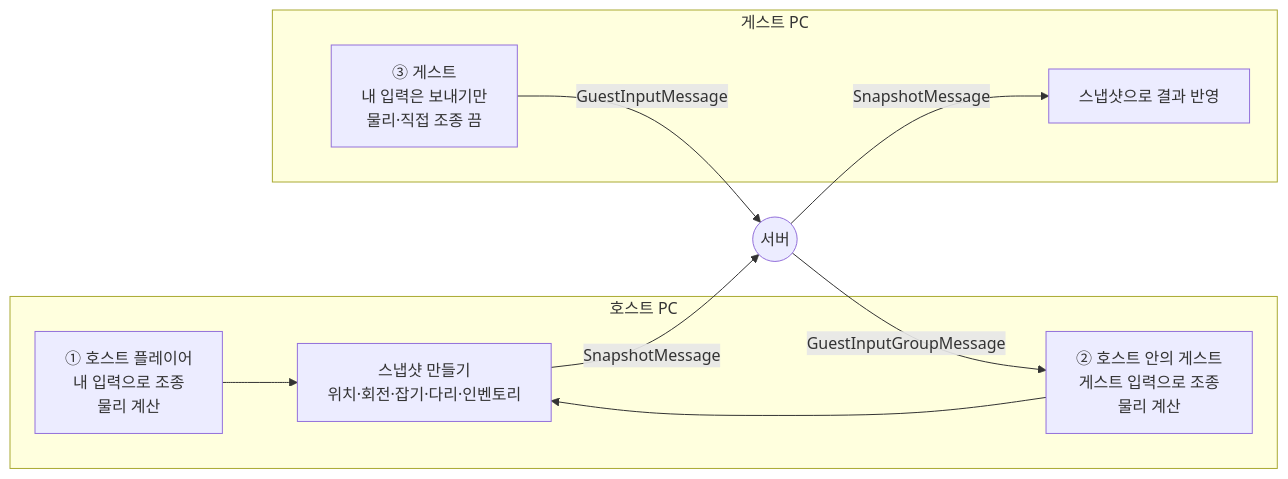
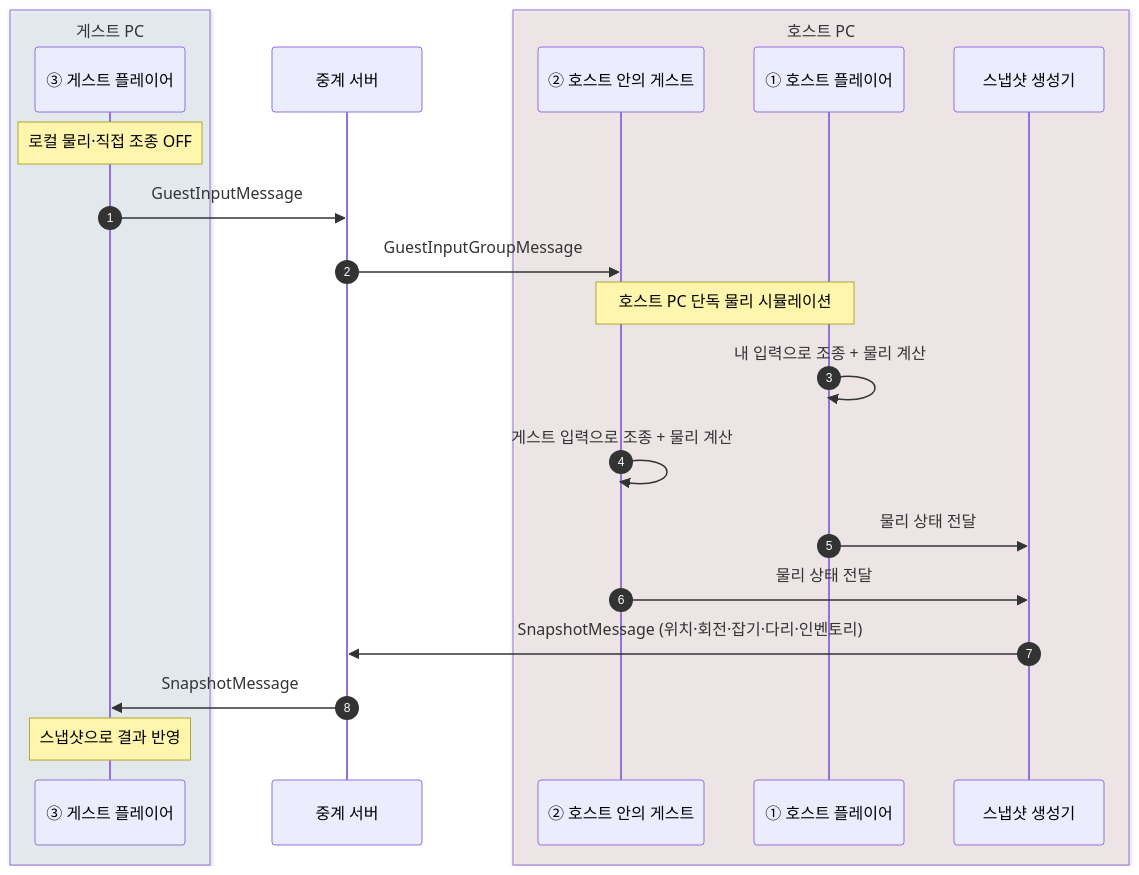
The eighth of 9 diagrams in src/4-wgo/기술문서.md (MountainHS/portfolio), drawn with Mermaid before and after one commit. The commit also changed other lines of this file, not shown here.

Commit message:
Docs: WGO 기술 문서 수정

````diff
--- a/src/4-wgo/기술문서.md
+++ b/src/4-wgo/기술문서.md
@@ -840,19 +840,31 @@
 ```mermaid
-flowchart LR
-    subgraph HOST["호스트 PC"]
-        H1["① 호스트 플레이어<br/>내 입력으로 조종<br/>물리 계산"]
-        H2["② 호스트 안의 게스트<br/>게스트 입력으로 조종<br/>물리 계산"]
-        SNAP["스냅샷 만들기<br/>위치·회전·잡기·다리·인벤토리"]
-        H1 --> SNAP
-        H2 --> SNAP
+sequenceDiagram
+    autonumber
+    
+    box rgba(235, 245, 255, 0.5) 게스트 PC
+        participant G as ③ 게스트 플레이어
     end
-    subgraph GUEST["게스트 PC"]
-        G1["③ 게스트<br/>내 입력은 보내기만<br/>물리·직접 조종 끔"]
-        G2["스냅샷으로 결과 반영"]
+    
+    participant S as 중계 서버
+    
+    box rgba(255, 240, 240, 0.5) 호스트 PC
+        participant H2 as ② 호스트 안의 게스트
+        participant H1 as ① 호스트 플레이어
+        participant SNAP as 스냅샷 생성기
     end
-    S(("서버"))
-    G1 -->|"GuestInputMessage"| S
-    S -->|"GuestInputGroupMessage"| H2
-    SNAP -->|"SnapshotMessage"| S
-    S -->|"SnapshotMessage"| G2
+
+    Note over G: 로컬 물리·직접 조종 OFF
+    G->>S: GuestInputMessage
+    S->>H2: GuestInputGroupMessage
+
+    Note over H2, H1: 호스트 PC 단독 물리 시뮬레이션
+    H1->>H1: 내 입력으로 조종 + 물리 계산
+    H2->>H2: 게스트 입력으로 조종 + 물리 계산
+    
+    H1->>SNAP: 물리 상태 전달
+    H2->>SNAP: 물리 상태 전달
+    SNAP->>S: SnapshotMessage (위치·회전·잡기·다리·인벤토리)
+
+    S->>G: SnapshotMessage
+    Note over G: 스냅샷으로 결과 반영
 ```
````
